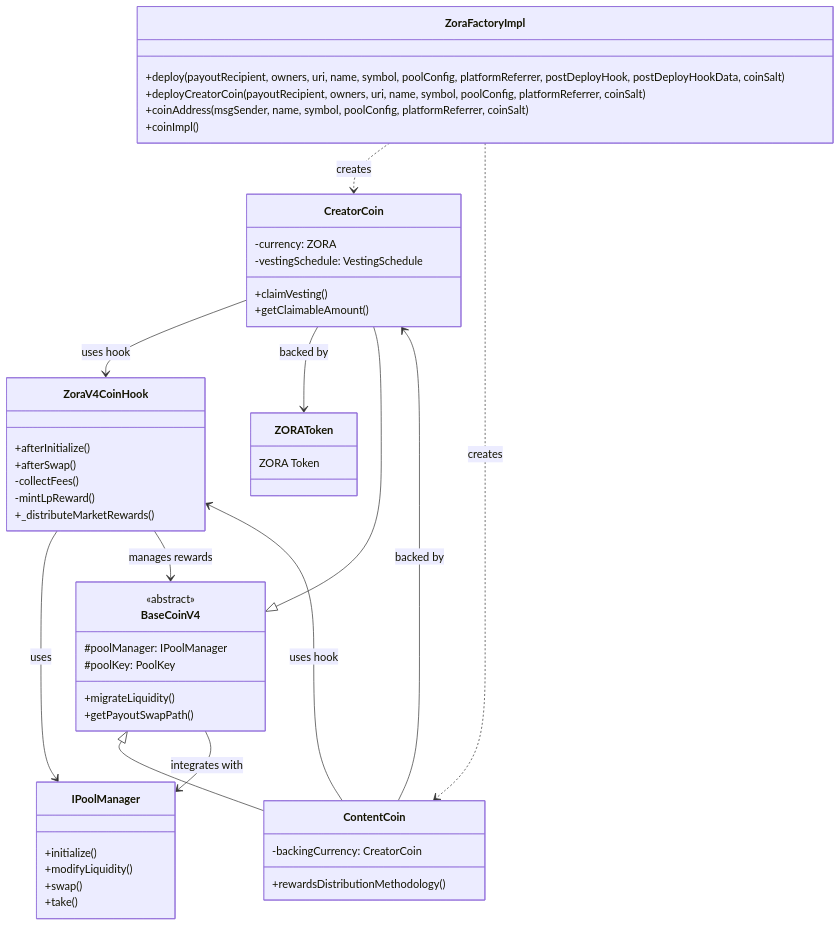
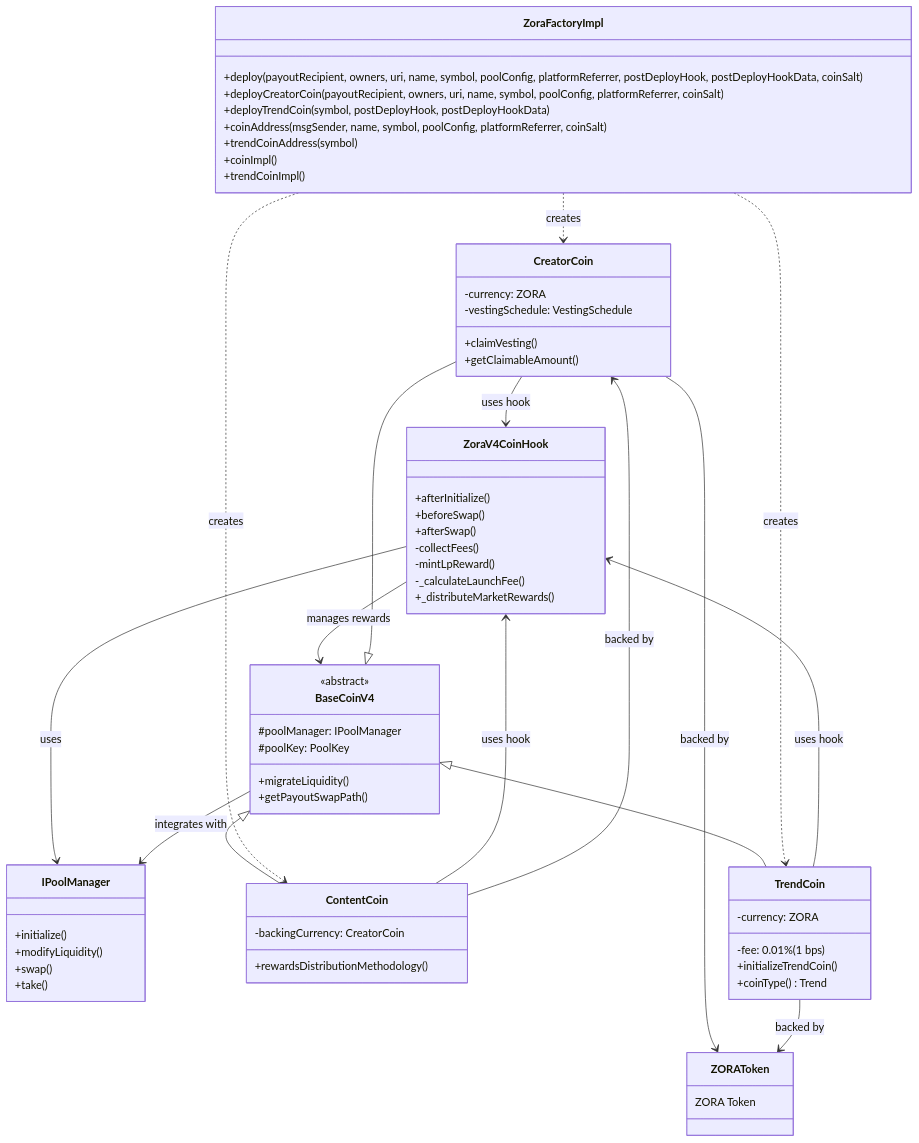
The diagram in docs/pages/coins/contracts/architecture.mdx (ourzora/zora-protocol), drawn with Mermaid before and after one commit. The commit also changed other lines of this file and 6 other files, not shown here.

````diff
--- a/docs/pages/coins/contracts/architecture.mdx
+++ b/docs/pages/coins/contracts/architecture.mdx
@@ -18,8 +18,11 @@
     class ZoraFactoryImpl {
         +deploy(payoutRecipient, owners, uri, name, symbol, poolConfig, platformReferrer, postDeployHook, postDeployHookData, coinSalt)
         +deployCreatorCoin(payoutRecipient, owners, uri, name, symbol, poolConfig, platformReferrer, coinSalt)
+        +deployTrendCoin(symbol, postDeployHook, postDeployHookData)
         +coinAddress(msgSender, name, symbol, poolConfig, platformReferrer, coinSalt)
+        +trendCoinAddress(symbol)
         +coinImpl()
+        +trendCoinImpl()
     }
     
     %% Coins Package
@@ -43,12 +46,21 @@
         +rewardsDistributionMethodology()
     }
     
+    class TrendCoin {
+        -currency: ZORA
+        -fee: 0.01% (1 bps)
+        +initializeTrendCoin()
+        +coinType() Trend
+    }
+    
     %% Hooks Package
     class ZoraV4CoinHook {
         +afterInitialize()
+        +beforeSwap()
         +afterSwap()
         -collectFees()
         -mintLpReward()
+        -_calculateLaunchFee()
         +_distributeMarketRewards()
     }
     
@@ -59,11 +71,12 @@
     %% Inheritance relationships
     BaseCoinV4 <|-- CreatorCoin
     BaseCoinV4 <|-- ContentCoin
-    %% Unified hook - no subclassing per coin type
+    BaseCoinV4 <|-- TrendCoin
     
     %% Factory relationships
     ZoraFactoryImpl ..> CreatorCoin : creates
     ZoraFactoryImpl ..> ContentCoin : creates
+    ZoraFactoryImpl ..> TrendCoin : creates
     
     %% Hook relationships
     ZoraV4CoinHook --> IPoolManager : uses
@@ -73,8 +86,10 @@
     BaseCoinV4 --> IPoolManager : integrates with
     CreatorCoin --> ZoraV4CoinHook : uses hook
     ContentCoin --> ZoraV4CoinHook : uses hook
+    TrendCoin --> ZoraV4CoinHook : uses hook
     
     %% Currency relationships
     ContentCoin --> CreatorCoin : backed by
     CreatorCoin --> ZORAToken : backed by
+    TrendCoin --> ZORAToken : backed by
 ```
````
